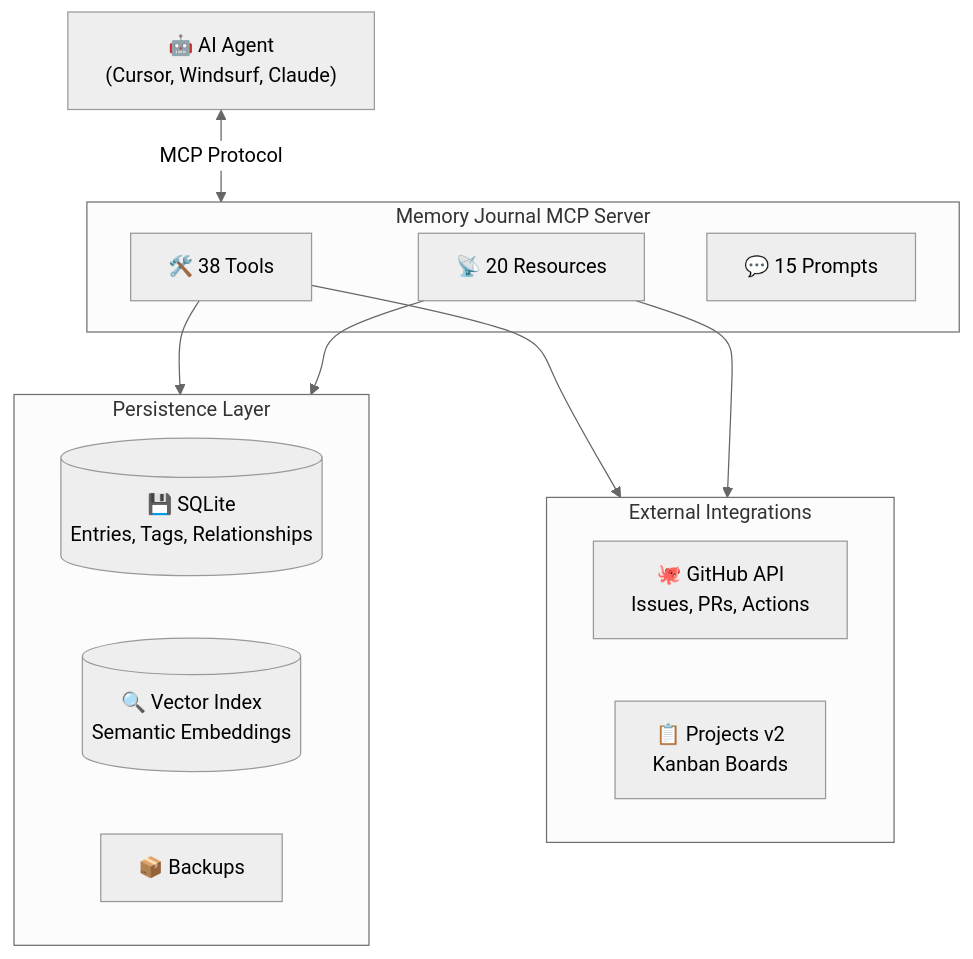
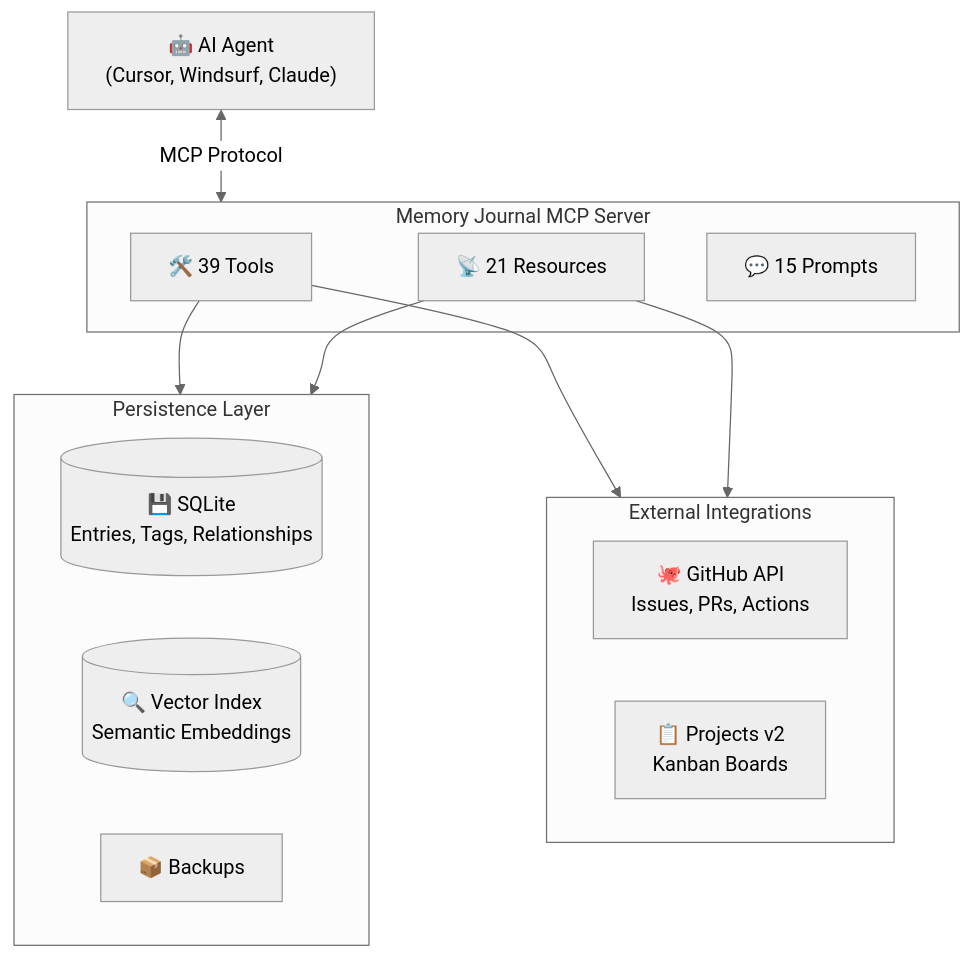
The second of 2 diagrams in README.md (neverinfamous/memory-journal-mcp), drawn with Mermaid (neutral theme) before and after one commit. The commit also changed other lines of this file and 1 other file, not shown here.

````diff
--- a/README.md
+++ b/README.md
@@ -464,27 +466,27 @@
 ```mermaid
 flowchart TB
     AI["🤖 AI Agent<br/>(Cursor, Windsurf, Claude)"]
 
     subgraph MCP["Memory Journal MCP Server"]
-        Tools["🛠️ 38 Tools"]
-        Resources["📡 20 Resources"]
+        Tools["🛠️ 39 Tools"]
+        Resources["📡 21 Resources"]
         Prompts["💬 15 Prompts"]
     end
 
     subgraph Storage["Persistence Layer"]
         SQLite[("💾 SQLite<br/>Entries, Tags, Relationships")]
         Vector[("🔍 Vector Index<br/>Semantic Embeddings")]
         Backups["📦 Backups"]
     end
 
     subgraph External["External Integrations"]
         GitHub["🐙 GitHub API<br/>Issues, PRs, Actions"]
         Kanban["📋 Projects v2<br/>Kanban Boards"]
     end
 
     AI <-->|"MCP Protocol"| MCP
     Tools --> Storage
     Tools --> External
     Resources --> Storage
     Resources --> External
 ```
````
